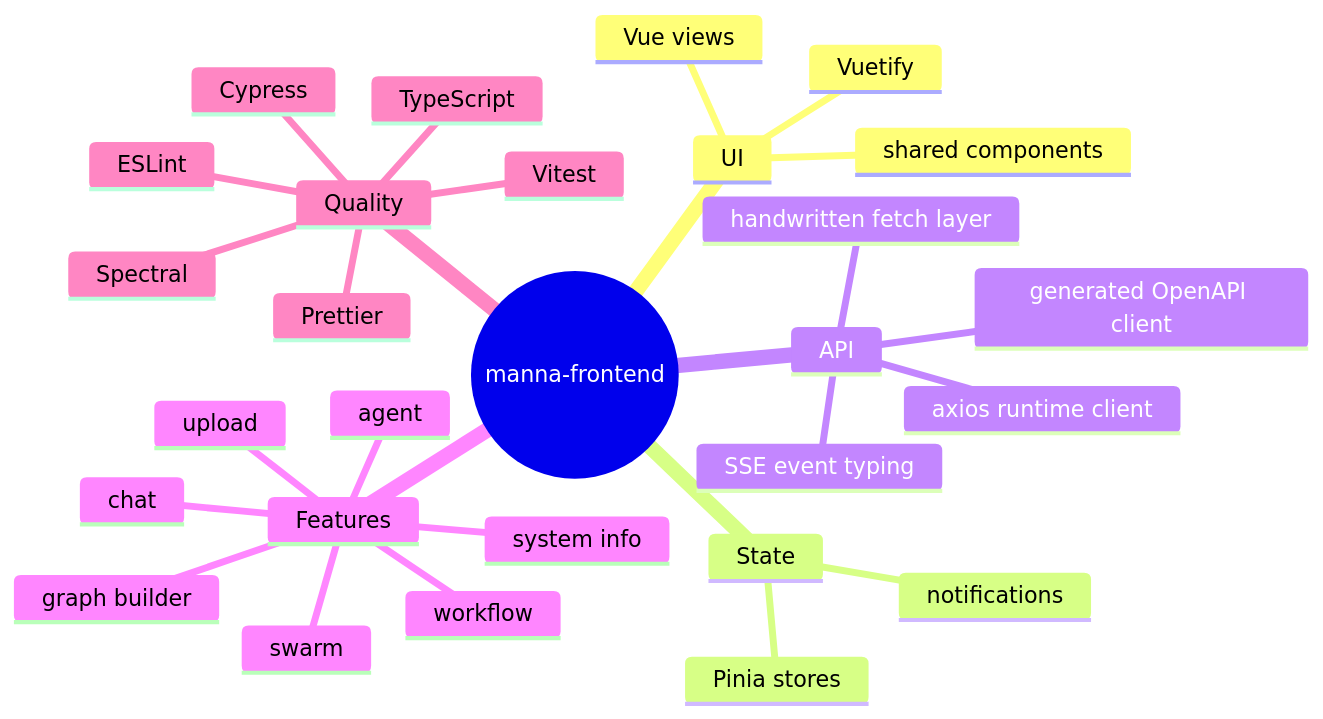
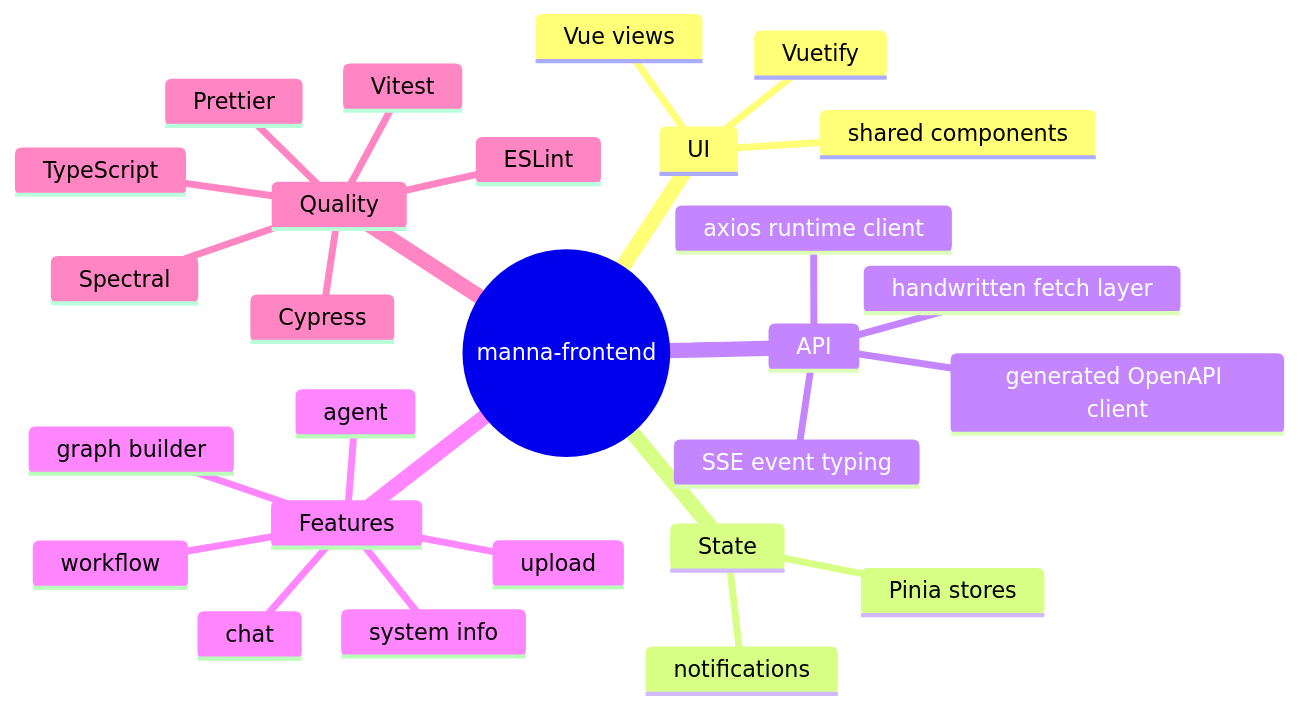
Before and after one commit to Guebbit/manna-frontend: the diagram in docs/index.md, drawn with Mermaid. The commit also changed 25 other files, not shown here.

````diff
--- a/docs/index.md
+++ b/docs/index.md
@@ -18,31 +18,30 @@
 ```mermaid
 mindmap
   root((manna-frontend))
     UI
       Vue views
       shared components
       Vuetify
     State
       Pinia stores
       notifications
     API
       handwritten fetch layer
       generated OpenAPI client
       axios runtime client
       SSE event typing
     Features
       chat
       agent
-      swarm
       workflow
       upload
       graph builder
       system info
     Quality
       TypeScript
       ESLint
       Prettier
       Vitest
       Cypress
       Spectral
 ```
````
